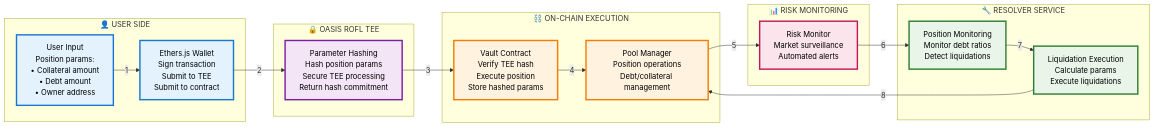
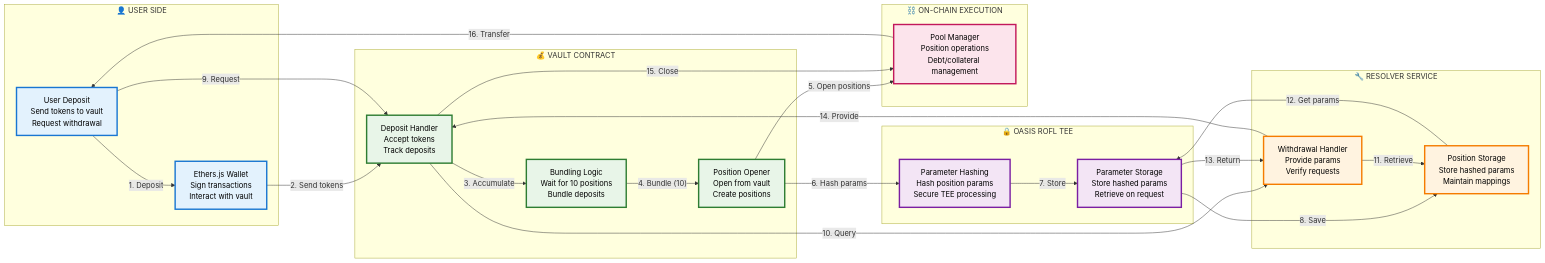
The fifth of 5 diagrams in notes/shadow-splitter-v2.md (arseneeth/shayd), drawn with Mermaid before and after one commit. The commit also changed other lines of this file and 22 other files, not shown here.

````diff
--- a/notes/shadow-splitter-v2.md
+++ b/notes/shadow-splitter-v2.md
@@ -145,50 +136,60 @@
 ```mermaid
 graph LR
     subgraph USER["👤 USER SIDE"]
-        A["User Input<br/>Position params:<br/>• Collateral amount<br/>• Debt amount<br/>• Owner address"]
-        B["Ethers.js Wallet<br/>Sign transaction<br/>Submit to TEE<br/>Submit to contract"]
+        A["User Deposit<br/>Send tokens to vault<br/>Request withdrawal"]
+        B["Ethers.js Wallet<br/>Sign transactions<br/>Interact with vault"]
+    end
+    
+    subgraph VAULT["💰 VAULT CONTRACT"]
+        C["Deposit Handler<br/>Accept tokens<br/>Track deposits"]
+        D["Bundling Logic<br/>Wait for 10 positions<br/>Bundle deposits"]
+        E["Position Opener<br/>Open from vault<br/>Create positions"]
     end
     
     subgraph TEE["🔒 OASIS ROFL TEE"]
-        C["Parameter Hashing<br/>Hash position params<br/>Secure TEE processing<br/>Return hash commitment"]
+        F["Parameter Hashing<br/>Hash position params<br/>Secure TEE processing"]
+        G["Parameter Storage<br/>Store hashed params<br/>Retrieve on request"]
+    end
+    
+    subgraph RESOLVER["🔧 RESOLVER SERVICE"]
+        H["Position Storage<br/>Store hashed params<br/>Maintain mappings"]
+        I["Withdrawal Handler<br/>Provide params<br/>Verify requests"]
     end
     
     subgraph ONCHAIN["⛓️ ON-CHAIN EXECUTION"]
-        D["Vault Contract<br/>Verify TEE hash<br/>Execute position<br/>Store hashed params"]
-        E["Pool Manager<br/>Position operations<br/>Debt/collateral management"]
+        J["Pool Manager<br/>Position operations<br/>Debt/collateral management"]
     end
     
-    subgraph RESOLVER["🔧 RESOLVER SERVICE"]
-        F["Position Monitoring<br/>Monitor debt ratios<br/>Detect liquidations"]
-        G["Liquidation Execution<br/>Calculate params<br/>Execute liquidations"]
-    end
+    %% Deposit flow
+    A -->|"1. Deposit"| B
+    B -->|"2. Send tokens"| C
+    C -->|"3. Accumulate"| D
+    D -->|"4. Bundle (10)"| E
+    E -->|"5. Open positions"| J
+    E -->|"6. Hash params"| F
+    F -->|"7. Store"| G
+    G -->|"8. Save"| H
     
-    subgraph MONITORING["📊 RISK MONITORING"]
-        H["Risk Monitor<br/>Market surveillance<br/>Automated alerts"]
-    end
-    
-    %% Main flow
-    A -->|"1"| B
-    B -->|"2"| C
-    C -->|"3"| D
-    D -->|"4"| E
-    
-    %% Monitoring flow
-    E -->|"5"| H
-    H -->|"6"| F
-    F -->|"7"| G
-    G -->|"8"| E
+    %% Withdrawal flow
+    A -->|"9. Request"| C
+    C -->|"10. Query"| I
+    I -->|"11. Retrieve"| H
+    H -->|"12. Get params"| G
+    G -->|"13. Return"| I
+    I -->|"14. Provide"| C
+    C -->|"15. Close"| J
+    J -->|"16. Transfer"| A
     
     %% Styling
     classDef userStyle fill:#e3f2fd,stroke:#1976d2,stroke-width:3px,color:#000
+    classDef vaultStyle fill:#e8f5e8,stroke:#2e7d32,stroke-width:3px,color:#000
     classDef teeStyle fill:#f3e5f5,stroke:#7b1fa2,stroke-width:3px,color:#000
-    classDef onchainStyle fill:#fff3e0,stroke:#f57c00,stroke-width:3px,color:#000
-    classDef resolverStyle fill:#e8f5e8,stroke:#2e7d32,stroke-width:3px,color:#000
-    classDef monitoringStyle fill:#fce4ec,stroke:#c2185b,stroke-width:3px,color:#000
+    classDef resolverStyle fill:#fff3e0,stroke:#f57c00,stroke-width:3px,color:#000
+    classDef onchainStyle fill:#fce4ec,stroke:#c2185b,stroke-width:3px,color:#000
     
     class A,B userStyle
-    class C teeStyle
-    class D,E onchainStyle
-    class F,G resolverStyle
-    class H monitoringStyle
+    class C,D,E vaultStyle
+    class F,G teeStyle
+    class H,I resolverStyle
+    class J onchainStyle
 ```
````
